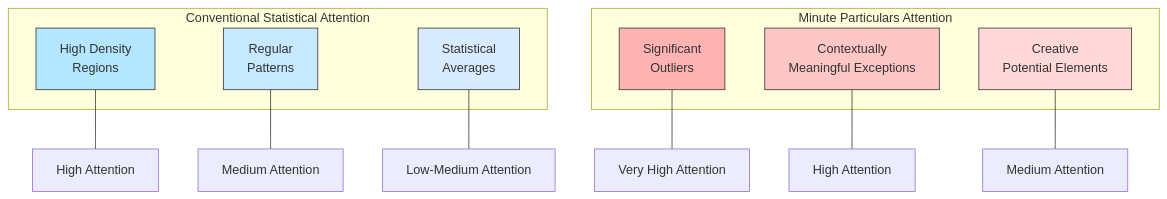
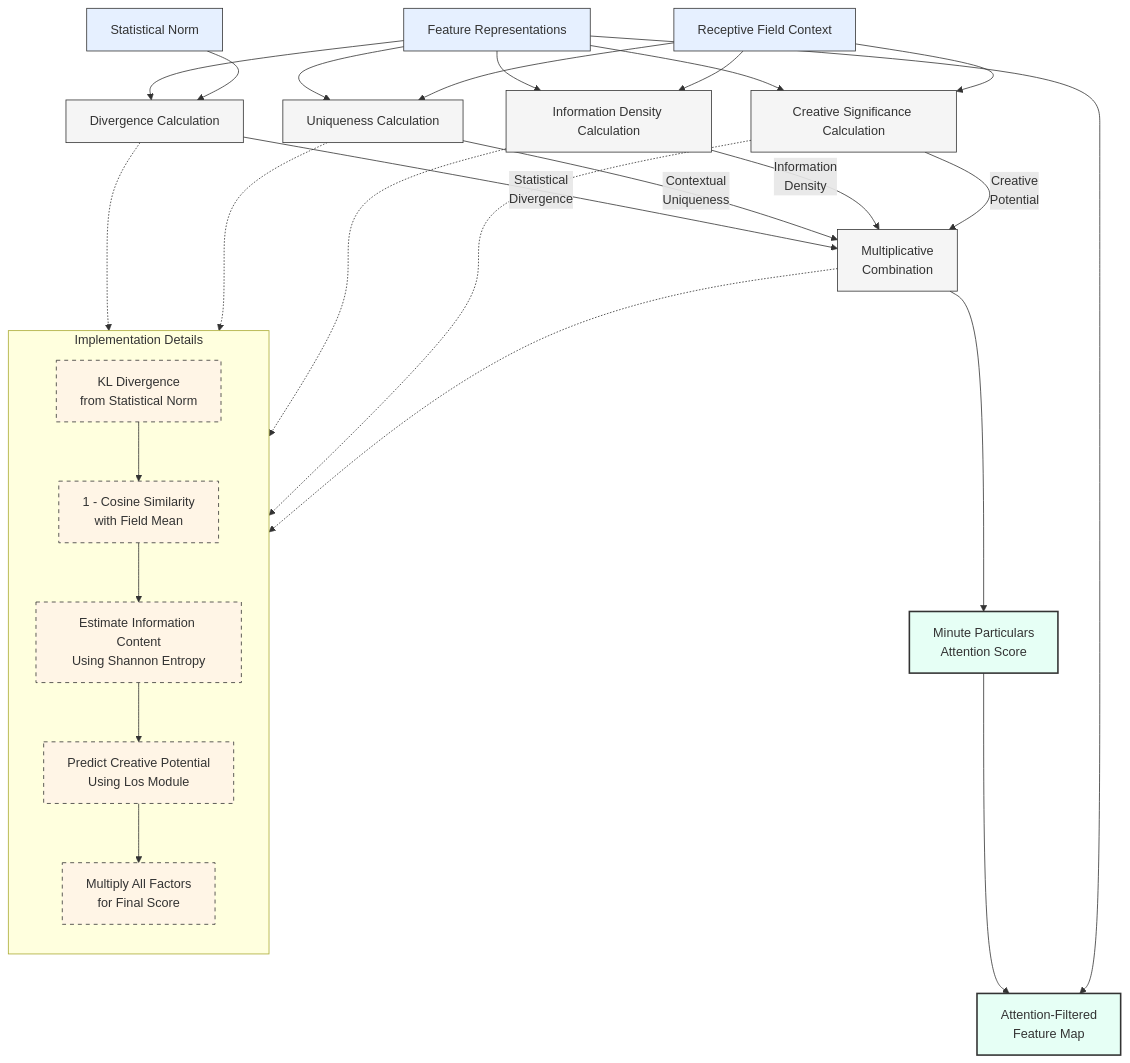
Before and after one commit to ActiveInferenceInstitute/CEREBRUM: the tenth of 21 diagrams in docs/speculative_design/william_blake_cerebrum_integration.md, drawn with Mermaid. The commit also changed other lines of this file, not shown here.

````diff
--- a/docs/speculative_design/william_blake_cerebrum_integration.md
+++ b/docs/speculative_design/william_blake_cerebrum_integration.md
@@ -1035,30 +979,51 @@
 ```mermaid
-graph TD
-    subgraph "Conventional Statistical Attention"
-        C1[High Density<br>Regions]
-        C2[Regular<br>Patterns]
-        C3[Statistical<br>Averages]
+flowchart TB
+    Input["Feature Representations"] --> DivCalc["Divergence Calculation"]
+    StatNorm["Statistical Norm"] --> DivCalc
+    
+    Input --> UniqCalc["Uniqueness Calculation"]
+    RecField["Receptive Field Context"] --> UniqCalc
+    
+    Input --> InfoCalc["Information Density Calculation"]
+    RecField --> InfoCalc
+    
+    Input --> CreatCalc["Creative Significance Calculation"]
+    RecField --> CreatCalc
+    
+    DivCalc -->|"Statistical<br>Divergence"| Combine["Multiplicative<br>Combination"]
+    UniqCalc -->|"Contextual<br>Uniqueness"| Combine
+    InfoCalc -->|"Information<br>Density"| Combine
+    CreatCalc -->|"Creative<br>Potential"| Combine
+    
+    Combine --> Score["Minute Particulars<br>Attention Score"]
+    
+    Score --> Filter["Attention-Filtered<br>Feature Map"]
+    Input --> Filter
+    
+    subgraph Implementation Details
+        direction TB
+        DivStep["KL Divergence<br>from Statistical Norm"]
+        UniStep["1 - Cosine Similarity<br>with Field Mean"]
+        InfoStep["Estimate Information Content<br>Using Shannon Entropy"]
+        CreatStep["Predict Creative Potential<br>Using Los Module"]
+        MultiStep["Multiply All Factors<br>for Final Score"]
+        
+        DivStep --> UniStep --> InfoStep --> CreatStep --> MultiStep
     end
     
-    subgraph "Minute Particulars Attention"
-        M1[Significant<br>Outliers]
-        M2[Contextually<br>Meaningful Exceptions]
-        M3[Creative<br>Potential Elements]
-    end
+    DivCalc -.-> DivStep
+    UniqCalc -.-> UniStep
+    InfoCalc -.-> InfoStep
+    CreatCalc -.-> CreatStep
+    Combine -.-> MultiStep
     
-    C1 --- High[High Attention]
-    C2 --- Medium[Medium Attention]
-    C3 --- Low[Low-Medium Attention]
+    classDef process fill:#f5f5f5,stroke:#333,stroke-width:1px
+    classDef data fill:#e6f0ff,stroke:#333,stroke-width:1px
+    classDef result fill:#e6fff5,stroke:#333,stroke-width:2px
+    classDef implementation fill:#fff5e6,stroke:#333,stroke-width:1px,stroke-dasharray: 5 5
     
-    M1 --- Very[Very High Attention]
-    M2 --- High2[High Attention]
-    M3 --- Medium2[Medium Attention]
-    
-    style C1 fill:#b3e6ff,stroke:#333,stroke-width:1px
-    style C2 fill:#c6e9ff,stroke:#333,stroke-width:1px
-    style C3 fill:#d9ecff,stroke:#333,stroke-width:1px
-    
-    style M1 fill:#ffb3b3,stroke:#333,stroke-width:1px
-    style M2 fill:#ffc6c6,stroke:#333,stroke-width:1px
-    style M3 fill:#ffd9d9,stroke:#333,stroke-width:1px
+    class Input,StatNorm,RecField data
+    class DivCalc,UniqCalc,InfoCalc,CreatCalc,Combine process
+    class Score,Filter result
+    class DivStep,UniStep,InfoStep,CreatStep,MultiStep implementation
 ```
````
